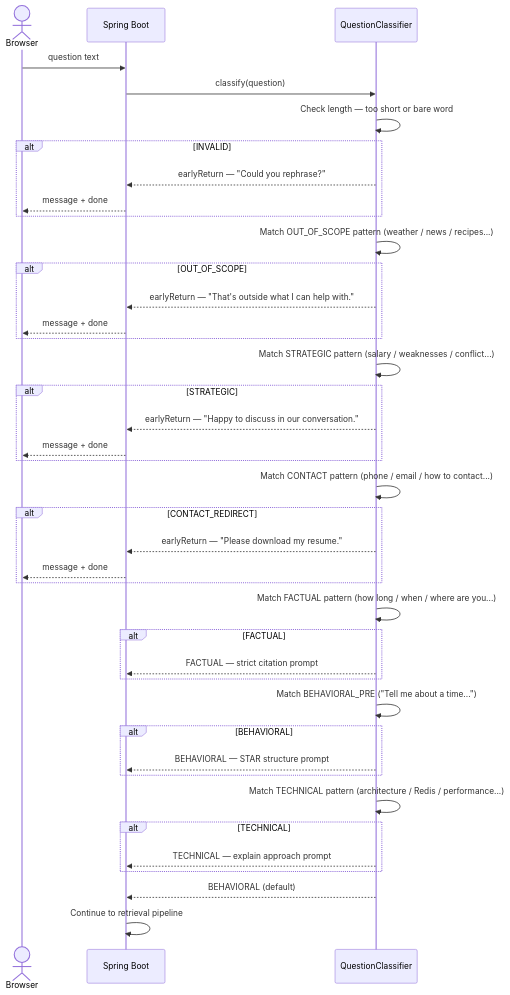
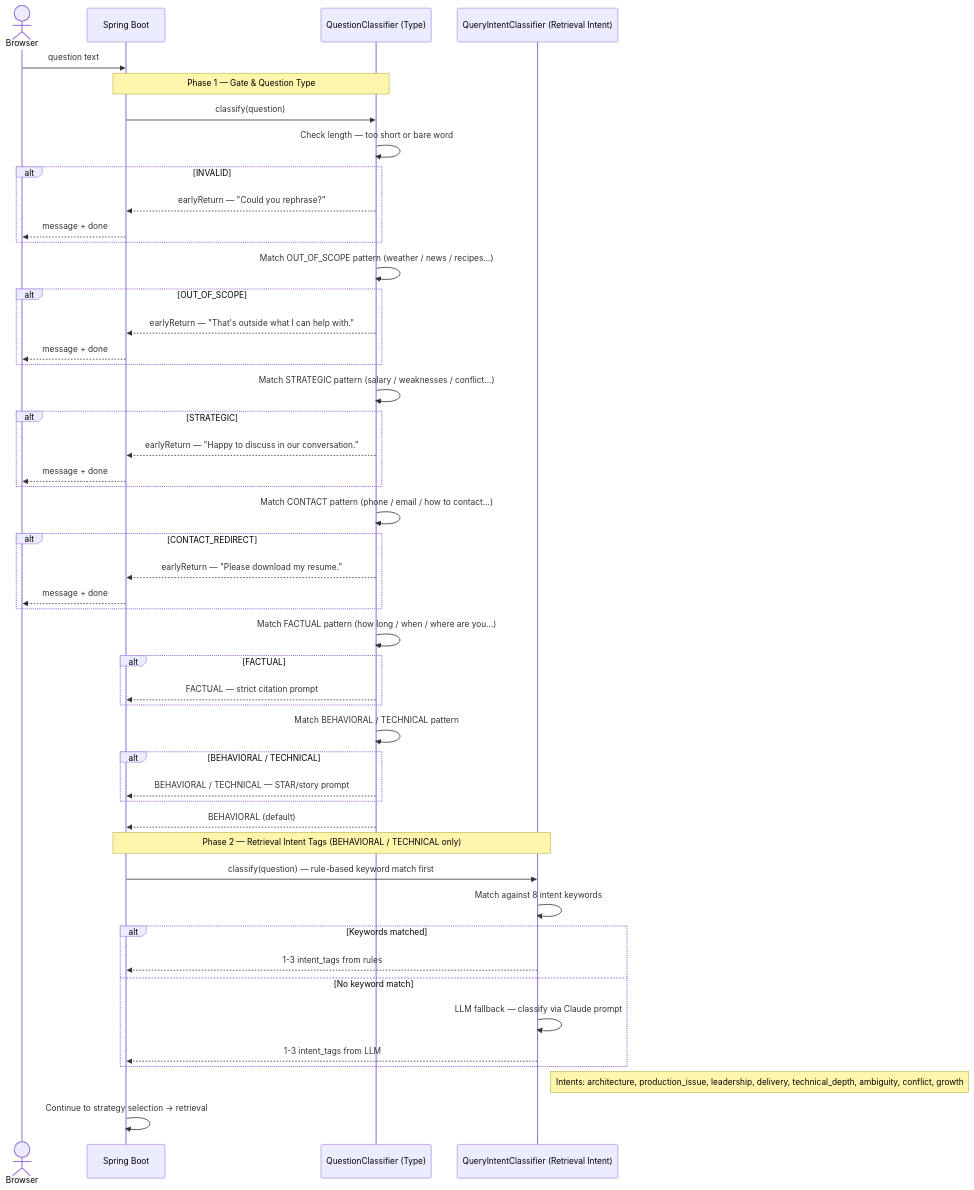
One commit to Ccbillow/portfolio-ai-rag changed the diagram in docs/sequence-diagrams/question-classifier-flow.mmd. Above: the diagram before and after it, drawn with Mermaid. The commit also changed 48 other files, not shown here.

First line of the commit message:
refactor(chat,ingestion): package-by-feature reorg, real Strategy pattern, LLM/vector gateways

```diff
--- a/docs/sequence-diagrams/question-classifier-flow.mmd
+++ b/docs/sequence-diagrams/question-classifier-flow.mmd
@@ -1,49 +1,60 @@
 sequenceDiagram
     actor Browser
     participant API as Spring Boot
-    participant QC as QuestionClassifier
+    participant QC as QuestionClassifier (Type)
+    participant QIC as QueryIntentClassifier (Retrieval Intent)
 
     Browser->>API: question text
+
+    Note over API,QC: Phase 1 — Gate & Question Type
     API->>QC: classify(question)
 
     QC->>QC: Check length — too short or bare word
     alt INVALID
         QC-->>API: earlyReturn — "Could you rephrase?"
         API-->>Browser: message + done
     end
 
     QC->>QC: Match OUT_OF_SCOPE pattern (weather / news / recipes...)
     alt OUT_OF_SCOPE
         QC-->>API: earlyReturn — "That's outside what I can help with."
         API-->>Browser: message + done
     end
 
     QC->>QC: Match STRATEGIC pattern (salary / weaknesses / conflict...)
     alt STRATEGIC
         QC-->>API: earlyReturn — "Happy to discuss in our conversation."
         API-->>Browser: message + done
     end
 
     QC->>QC: Match CONTACT pattern (phone / email / how to contact...)
     alt CONTACT_REDIRECT
         QC-->>API: earlyReturn — "Please download my resume."
         API-->>Browser: message + done
     end
 
     QC->>QC: Match FACTUAL pattern (how long / when / where are you...)
     alt FACTUAL
         QC-->>API: FACTUAL — strict citation prompt
     end
 
-    QC->>QC: Match BEHAVIORAL_PRE ("Tell me about a time...")
-    alt BEHAVIORAL
-        QC-->>API: BEHAVIORAL — STAR structure prompt
-    end
-
-    QC->>QC: Match TECHNICAL pattern (architecture / Redis / performance...)
-    alt TECHNICAL
-        QC-->>API: TECHNICAL — explain approach prompt
+    QC->>QC: Match BEHAVIORAL / TECHNICAL pattern
+    alt BEHAVIORAL / TECHNICAL
+        QC-->>API: BEHAVIORAL / TECHNICAL — STAR/story prompt
     end
 
     QC-->>API: BEHAVIORAL (default)
-    API->>API: Continue to retrieval pipeline
+
+    Note over API,QIC: Phase 2 — Retrieval Intent Tags (BEHAVIORAL / TECHNICAL only)
+    API->>QIC: classify(question) — rule-based keyword match first
+    QIC->>QIC: Match against 8 intent keywords
+    alt Keywords matched
+        QIC-->>API: 1-3 intent_tags from rules
+    else No keyword match
+        QIC->>QIC: LLM fallback — classify via Claude prompt
+        QIC-->>API: 1-3 intent_tags from LLM
+    end
+
+    Note right of QIC: Intents: architecture, production_issue, leadership, delivery, technical_depth, ambiguity, conflict, growth
+
+    API->>API: Continue to strategy selection → retrieval
```
